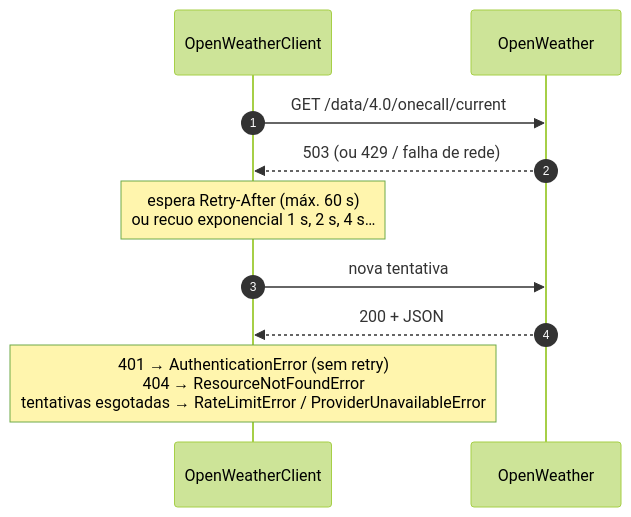
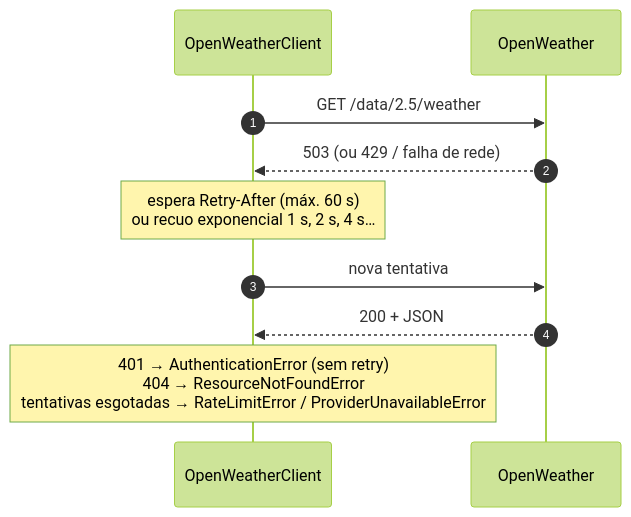
Before and after one commit to lwglg/pyweather: the second of 3 diagrams in docs/md/05-sequencias.md, drawn with Mermaid (forest theme). The commit also changed other lines of this file and 13 other files, not shown here.

````diff
--- a/docs/md/05-sequencias.md
+++ b/docs/md/05-sequencias.md
@@ -68,13 +57,13 @@
 ```mermaid
 sequenceDiagram
     autonumber
     participant C as OpenWeatherClient
     participant OW as OpenWeather
 
-    C->>OW: GET /data/4.0/onecall/current
+    C->>OW: GET /data/2.5/weather
     OW-->>C: 503 (ou 429 / falha de rede)
     Note over C: espera Retry-After (máx. 60 s)<br/>ou recuo exponencial 1 s, 2 s, 4 s…
     C->>OW: nova tentativa
     OW-->>C: 200 + JSON
     Note over C: 401 → AuthenticationError (sem retry)<br/>404 → ResourceNotFoundError<br/>tentativas esgotadas → RateLimitError / ProviderUnavailableError
 ```
````
